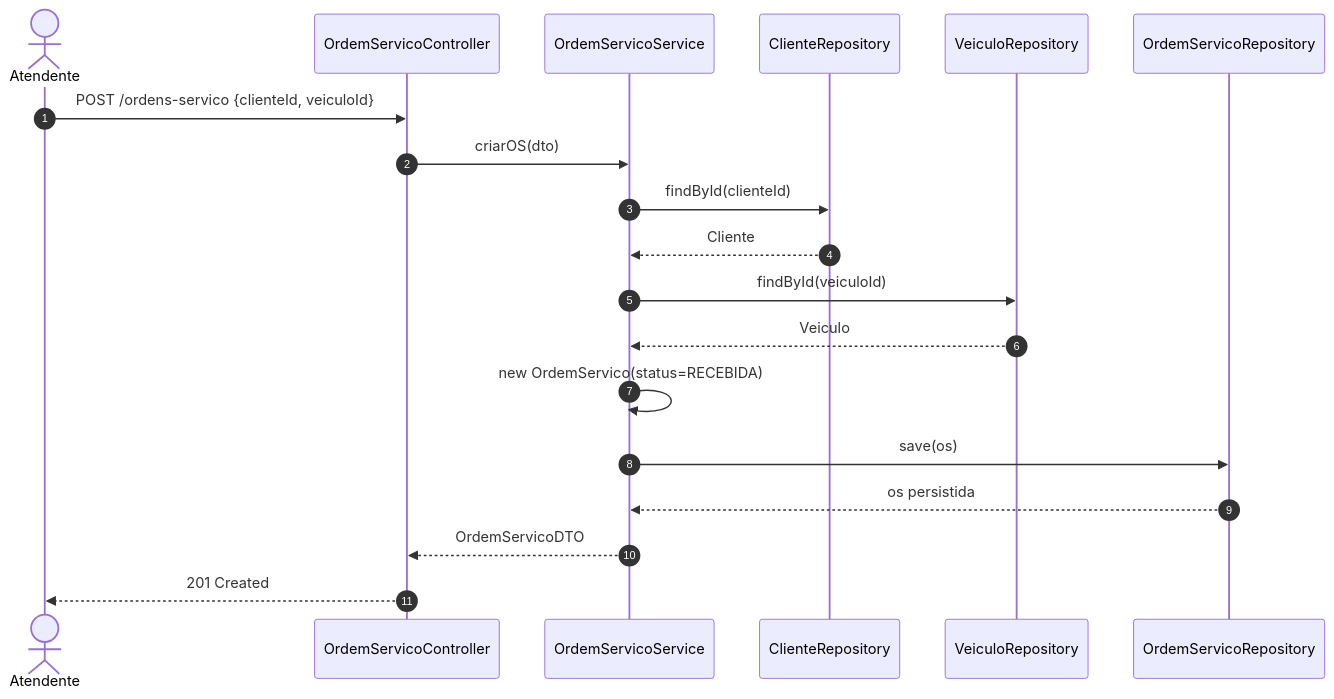
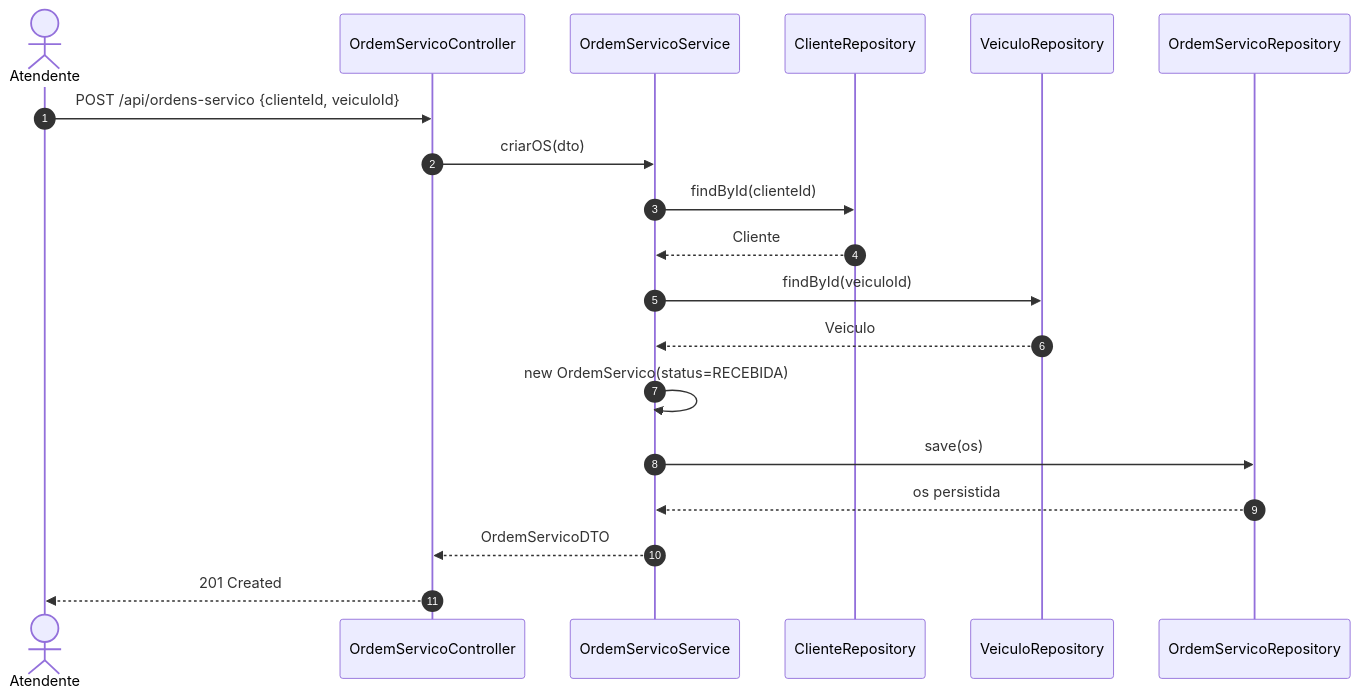
One commit to daniloichaves/oficina-mecanica-tech changed the second of 4 diagrams in docs/ddd/05-design-level.md. Above: the diagram before and after it, drawn with Mermaid. The commit also changed other lines of this file and 10 other files, not shown here.

````diff
--- a/docs/ddd/05-design-level.md
+++ b/docs/ddd/05-design-level.md
@@ -124,22 +124,22 @@
 ```mermaid
 sequenceDiagram
     autonumber
     actor Atendente
     participant API as OrdemServicoController
     participant App as OrdemServicoService
     participant CliRepo as ClienteRepository
     participant VeicRepo as VeiculoRepository
     participant OSRepo as OrdemServicoRepository
 
-    Atendente->>API: POST /ordens-servico {clienteId, veiculoId}
+    Atendente->>API: POST /api/ordens-servico {clienteId, veiculoId}
     API->>App: criarOS(dto)
     App->>CliRepo: findById(clienteId)
     CliRepo-->>App: Cliente
     App->>VeicRepo: findById(veiculoId)
     VeicRepo-->>App: Veiculo
     App->>App: new OrdemServico(status=RECEBIDA)
     App->>OSRepo: save(os)
     OSRepo-->>App: os persistida
     App-->>API: OrdemServicoDTO
     API-->>Atendente: 201 Created
 ```
````
